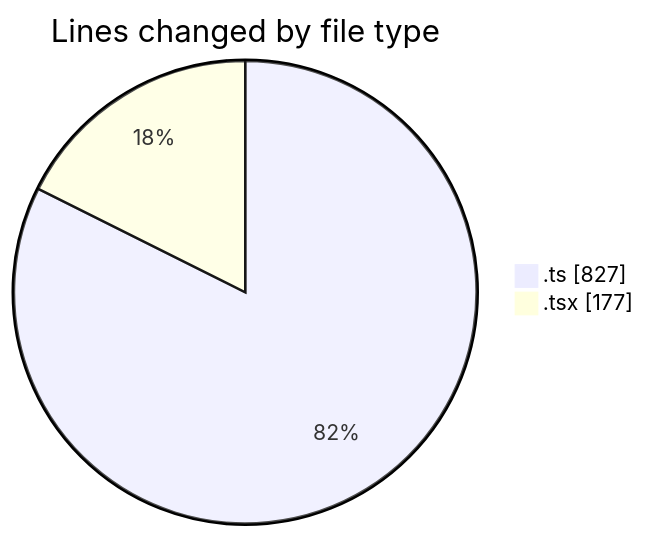
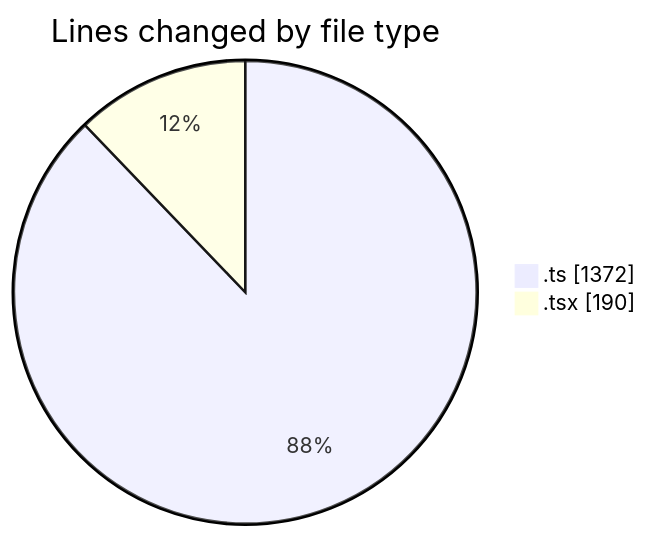
One commit to nxtqubesakshisongat/code-tracking changed the first of 2 diagrams in 2026-03-04/nxtqube_webapp/README.md. Above: the diagram before and after it, drawn with Mermaid. The commit also changed other lines of this file and 1 other file, not shown here.

````diff
--- a/2026-03-04/nxtqube_webapp/README.md
+++ b/2026-03-04/nxtqube_webapp/README.md
@@ -22,6 +23,6 @@
 ```mermaid
 pie showData
 title Lines changed by file type
-".ts" : 827
-".tsx" : 177
+".ts" : 1372
+".tsx" : 190
 ```
````
